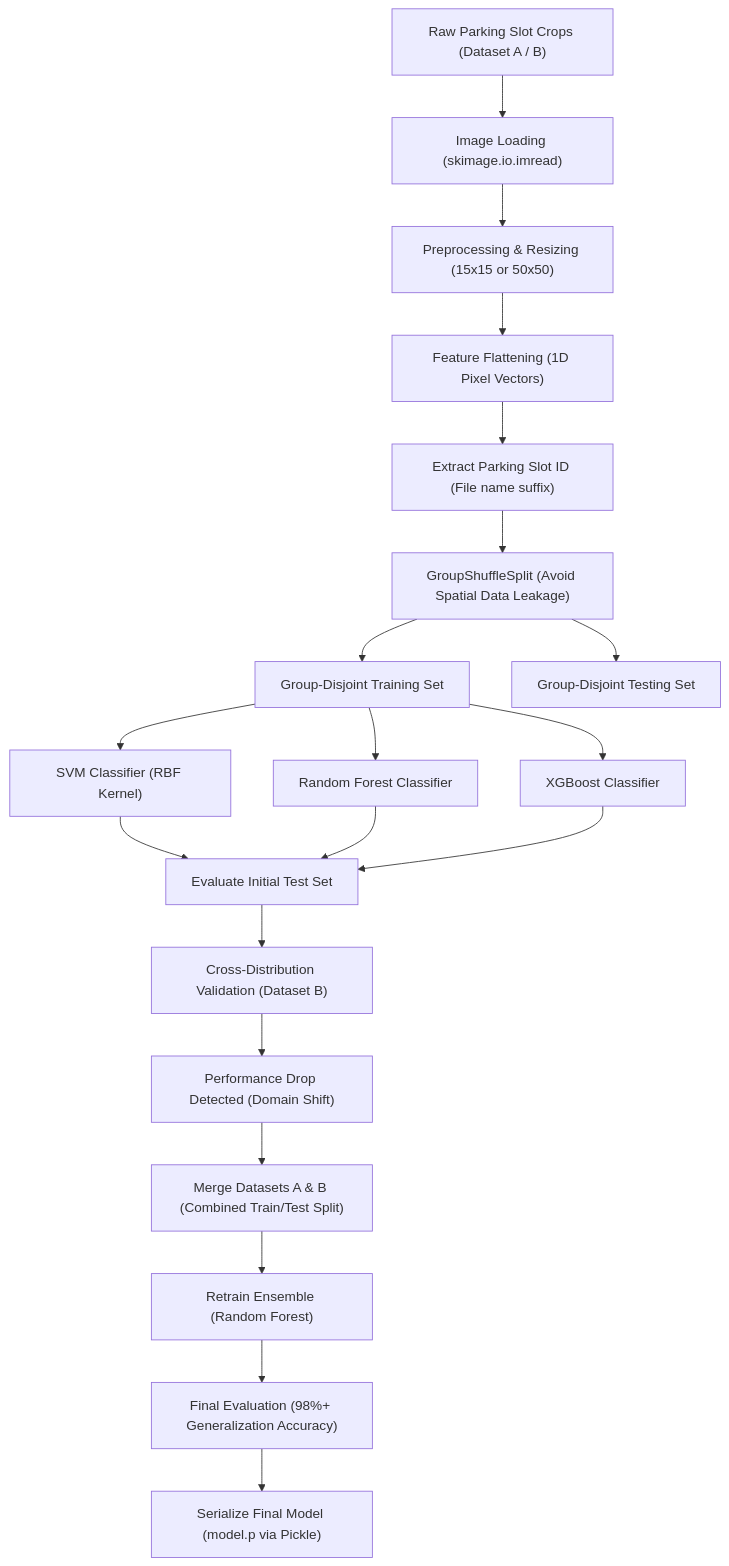
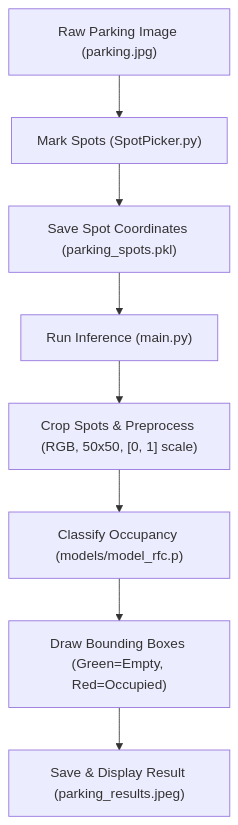
One commit to Wissem-Sahli-Engineer/Smart_Parking_Space_CV changed the diagram in README.md. Above: the diagram before and after it, drawn with Mermaid. The commit also changed other lines of this file, not shown here.

````diff
--- a/README.md
+++ b/README.md
@@ -16,22 +13,10 @@
 ```mermaid
 graph TD
-    A["Raw Parking Slot Crops (Dataset A / B)"] --> B["Image Loading (skimage.io.imread)"]
-    B --> C["Preprocessing & Resizing (15x15 or 50x50)"]
-    C --> D["Feature Flattening (1D Pixel Vectors)"]
-    D --> E["Extract Parking Slot ID (File name suffix)"]
-    E --> F["GroupShuffleSplit (Avoid Spatial Data Leakage)"]
-    F --> G1["Group-Disjoint Training Set"]
-    F --> G2["Group-Disjoint Testing Set"]
-    
-    G1 --> H1["SVM Classifier (RBF Kernel)"]
-    G1 --> H2["Random Forest Classifier"]
-    G1 --> H3["XGBoost Classifier"]
-    
-    H1 & H2 & H3 --> I["Evaluate Initial Test Set"]
-    I --> J["Cross-Distribution Validation (Dataset B)"]
-    J --> K["Performance Drop Detected (Domain Shift)"]
-    K --> L["Merge Datasets A & B (Combined Train/Test Split)"]
-    L --> M["Retrain Ensemble (Random Forest)"]
-    M --> N["Final Evaluation (98%+ Generalization Accuracy)"]
-    N --> O["Serialize Final Model (model.p via Pickle)"]
+    A["Raw Parking Image (parking.jpg)"] --> B["Mark Spots (SpotPicker.py)"]
+    B --> C["Save Spot Coordinates (parking_spots.pkl)"]
+    C --> D["Run Inference (main.py)"]
+    D --> E["Crop Spots & Preprocess (RGB, 50x50, [0, 1] scale)"]
+    E --> F["Classify Occupancy (models/model_rfc.p)"]
+    F --> G["Draw Bounding Boxes (Green=Empty, Red=Occupied)"]
+    G --> H["Save & Display Result (parking_results.jpeg)"]
 ```
````
